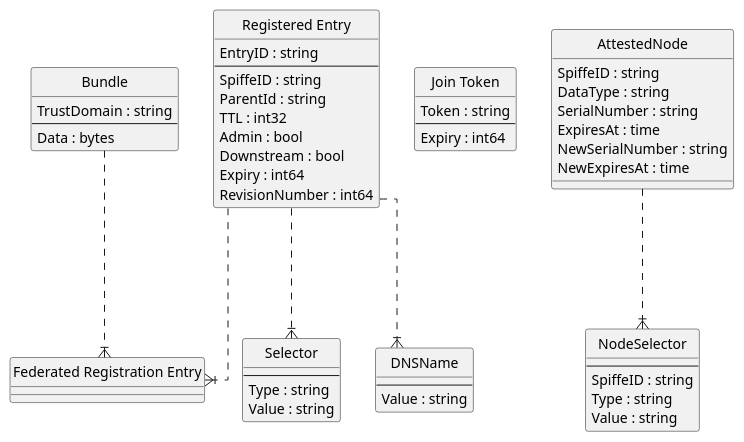
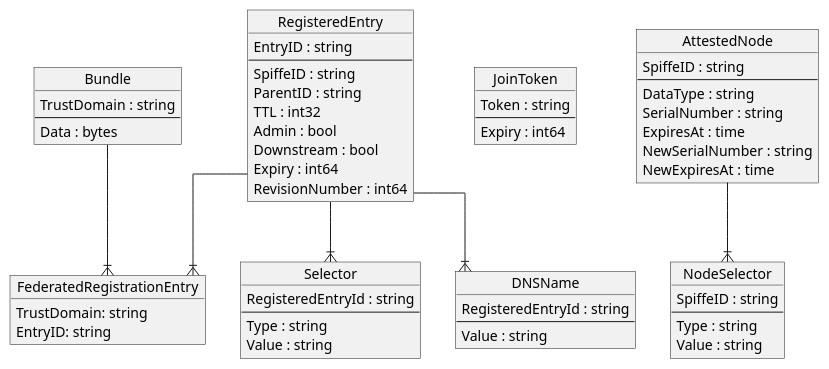
One commit to dfeldman/spire-diagrams changed the diagram in spire-database-diagram.puml. Above: the diagram before and after it, drawn with PlantUML.

Commit message:
clean up

```diff
--- a/spire-database-diagram.puml
+++ b/spire-database-diagram.puml
@@ -1,71 +1,76 @@
 @startuml
 skinparam shadowing false
 skinparam monochrome true
 
 ' hide the spot
 hide circle
 
 ' avoid problems with angled crows feet
 skinparam linetype ortho
 
-entity "Bundle" as bundle {
+object "Bundle" as bundle {
   TrustDomain : string
 --
   Data : bytes
 }
 
-entity "Federated Registration Entry" as fre {
+object "FederatedRegistrationEntry" as fre {
+  TrustDomain: string
+  EntryID: string
 }
 
-entity "Registered Entry" as re {
+object "RegisteredEntry" as re {
   EntryID : string
 --
   SpiffeID : string
-  ParentId : string
+  ParentID : string
   TTL : int32
   Admin : bool
   Downstream : bool
   Expiry : int64
   RevisionNumber : int64
 }
 
-entity "Join Token" as jt {
+object "JoinToken" as jt {
   Token : string
 --
   Expiry : int64
 }
 
 
-entity "Selector" as selector {
+object "Selector" as selector {
+RegisteredEntryId : string
 --
 Type : string
 Value : string
 }
 
-entity "DNSName" as dnsname {
+object "DNSName" as dnsname {
+RegisteredEntryId : string
 --
-Value : string 
+Value : string
 }
 
-entity "AttestedNode" as attestednode {
+object "AttestedNode" as attestednode {
 SpiffeID : string
+--
 DataType : string
 SerialNumber : string
 ExpiresAt : time
 NewSerialNumber : string
 NewExpiresAt : time
 }
 
-entity "NodeSelector" as nodeselector {
+object "NodeSelector" as nodeselector {
+SpiffeID : string
 --
-SpiffeID : string
 Type : string
 Value : string
 }
 
-bundle ...|{ fre
-re ...|{ fre
-re ...|{ selector
-re ...|{ dnsname
-attestednode...|{ nodeselector
+bundle --|{ fre
+re --|{ fre
+re --|{ selector
+re --|{ dnsname
+attestednode --|{ nodeselector
 @enduml
```
